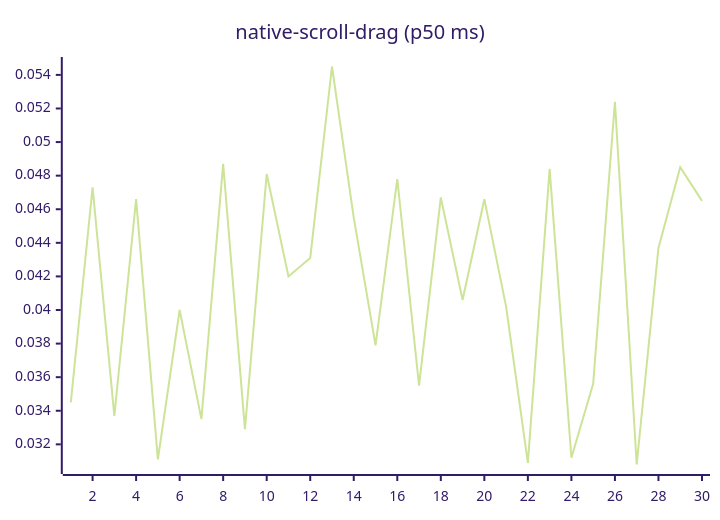
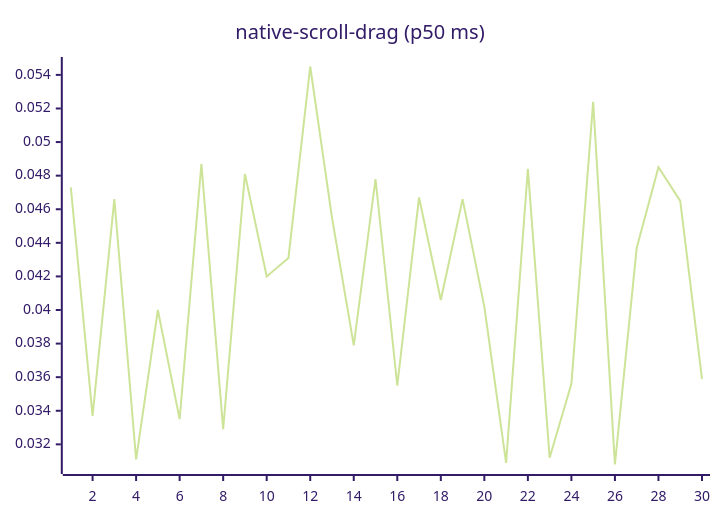
Before and after one commit to josha/Facet: diagram 14 of 27 in README.md, drawn with Mermaid (forest theme). The commit also changed other lines of this file and 2 other files, not shown here.

````diff
--- a/README.md
+++ b/README.md
@@ -154,6 +154,6 @@
 ```mermaid
 xychart-beta
     title "native-scroll-drag (p50 ms)"
     x-axis 1 --> 30
-    line [0.0345, 0.0473, 0.0337, 0.0466, 0.0311, 0.0400, 0.0335, 0.0487, 0.0329, 0.0481, 0.0420, 0.0431, 0.0545, 0.0455, 0.0379, 0.0478, 0.0355, 0.0467, 0.0406, 0.0466, 0.0402, 0.0309, 0.0484, 0.0312, 0.0356, 0.0524, 0.0308, 0.0437, 0.0485, 0.0465]
+    line [0.0473, 0.0337, 0.0466, 0.0311, 0.0400, 0.0335, 0.0487, 0.0329, 0.0481, 0.0420, 0.0431, 0.0545, 0.0455, 0.0379, 0.0478, 0.0355, 0.0467, 0.0406, 0.0466, 0.0402, 0.0309, 0.0484, 0.0312, 0.0356, 0.0524, 0.0308, 0.0437, 0.0485, 0.0465, 0.0359]
 ```
````
